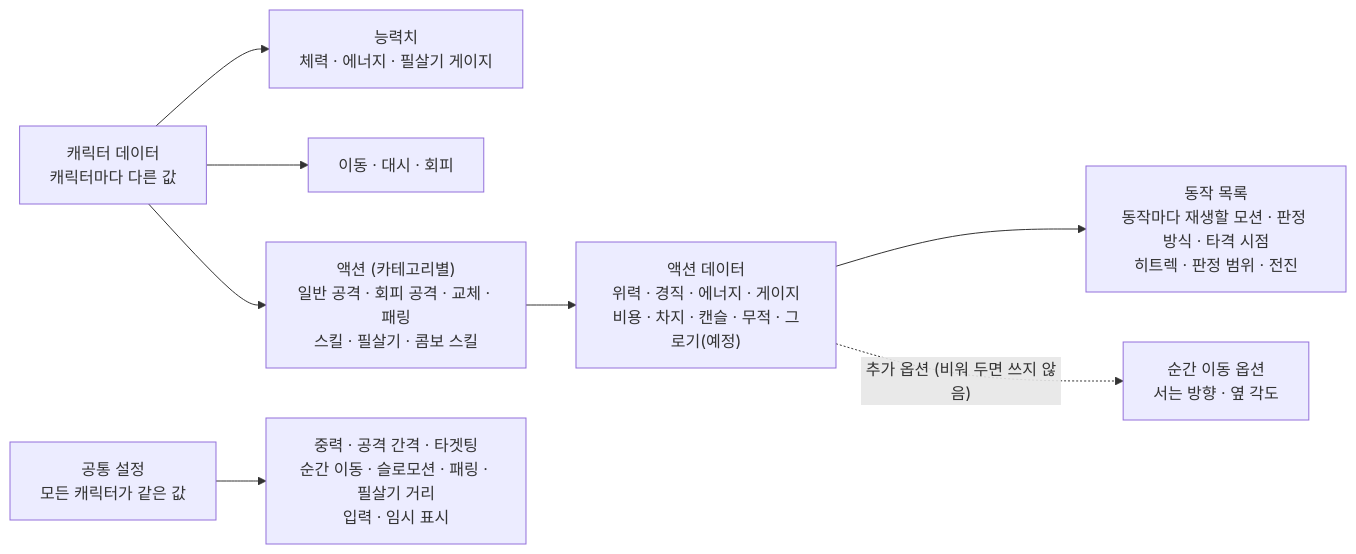
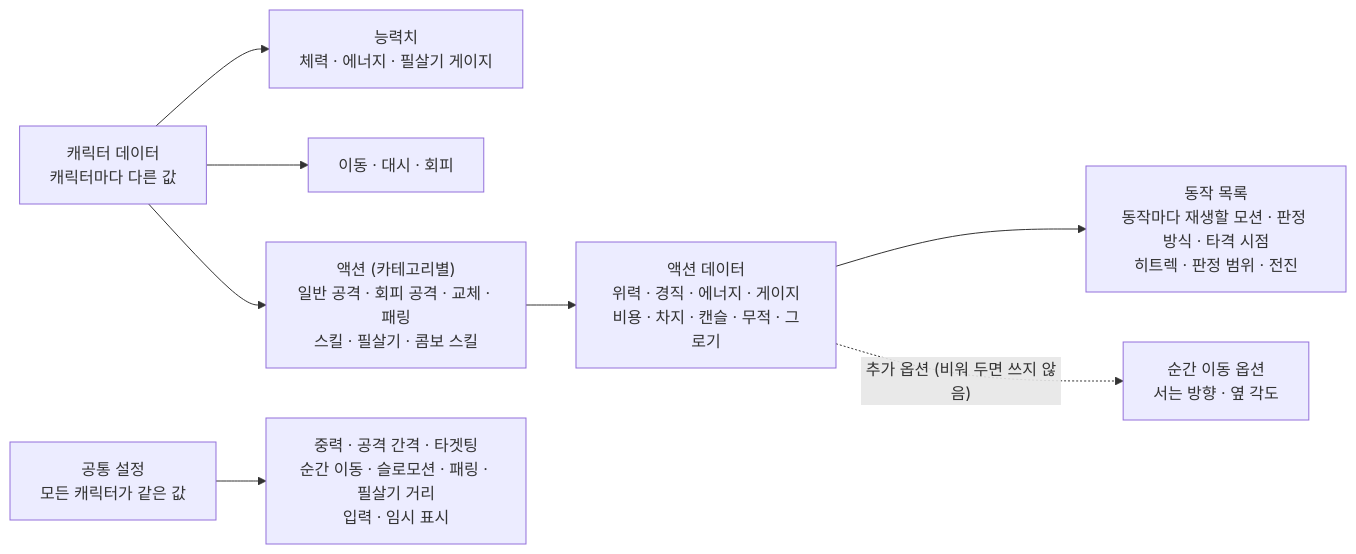
Before and after one commit to SquashPrince/Develrocket_mp15_HHH: the third of 6 diagrams in Docs/Technical/Player/PlayerStructure.md, drawn with Mermaid. The commit also changed other lines of this file and 28 other files, not shown here.

First line of the commit message:
[Feat] 적 그로기 게이지 및 적 공통 규칙 정리

````diff
--- a/Docs/Technical/Player/PlayerStructure.md
+++ b/Docs/Technical/Player/PlayerStructure.md
@@ -84,10 +84,10 @@
 ```mermaid
 flowchart LR
     CH["캐릭터 데이터<br>캐릭터마다 다른 값"] --> STT["능력치<br>체력 · 에너지 · 필살기 게이지"]
     CH --> MV["이동 · 대시 · 회피"]
     CH --> AC["액션 (카테고리별)<br>일반 공격 · 회피 공격 · 교체 · 패링<br>스킬 · 필살기 · 콤보 스킬"]
-    AC --> AD["액션 데이터<br>위력 · 경직 · 에너지 · 게이지<br>비용 · 차지 · 캔슬 · 무적 · 그로기(예정)"]
+    AC --> AD["액션 데이터<br>위력 · 경직 · 에너지 · 게이지<br>비용 · 차지 · 캔슬 · 무적 · 그로기"]
     AD --> STP["동작 목록<br>동작마다 재생할 모션 · 판정 방식 · 타격 시점<br>히트렉 · 판정 범위 · 전진"]
     AD -.->|"추가 옵션 (비워 두면 쓰지 않음)"| OP["순간 이동 옵션<br>서는 방향 · 옆 각도"]
     CS["공통 설정<br>모든 캐릭터가 같은 값"] --> R["중력 · 공격 간격 · 타겟팅<br>순간 이동 · 슬로모션 · 패링 · 필살기 거리<br>입력 · 임시 표시"]
 ```
````
